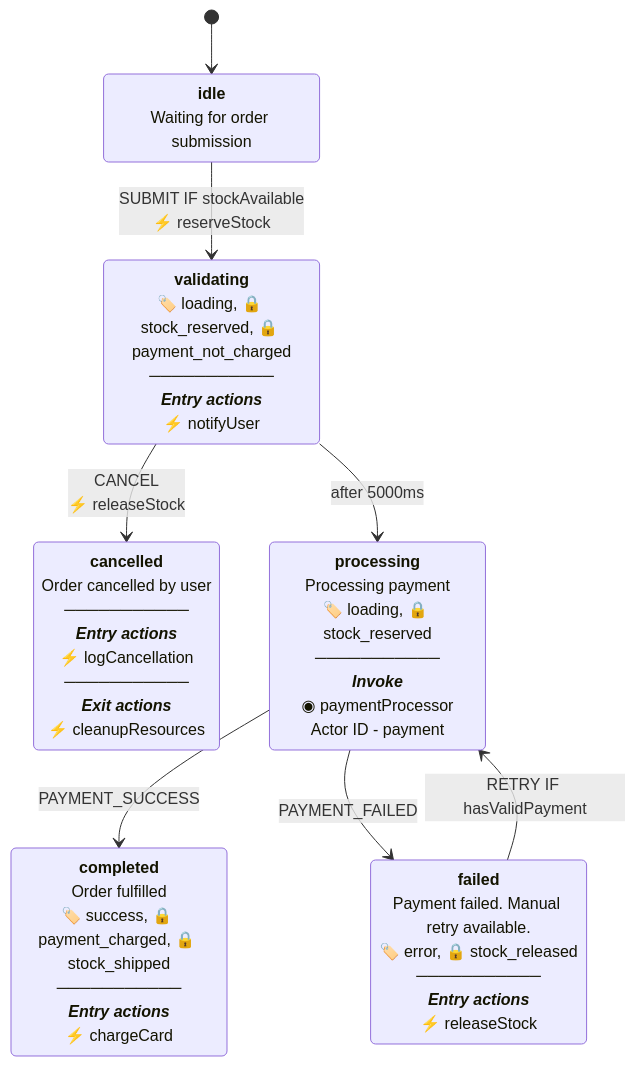
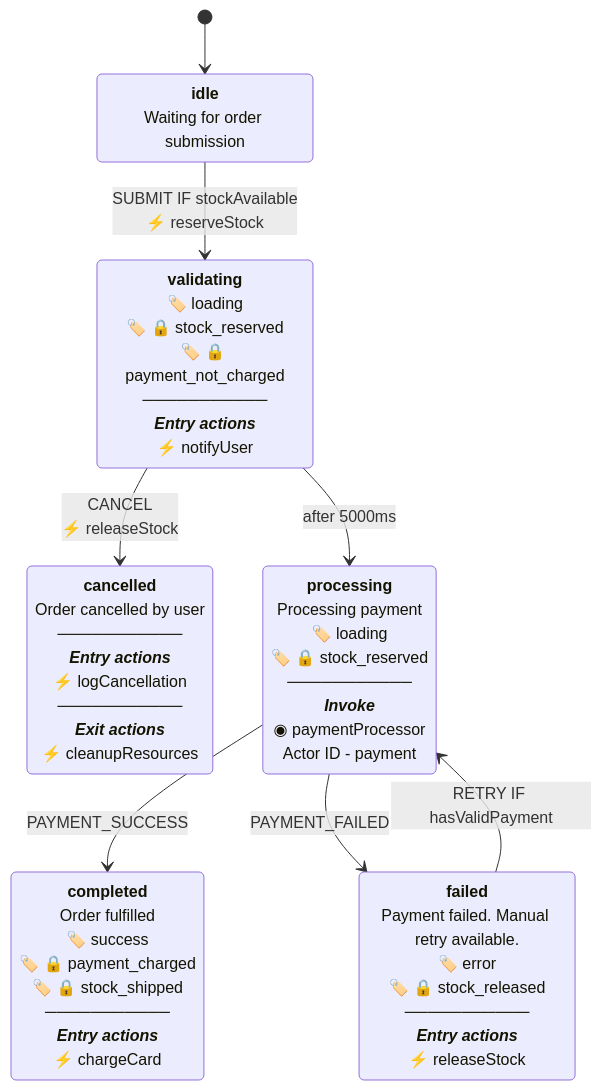
The diagram in README.md (zitongcharliedeng/xstate-ts-to-mermaid), drawn with Mermaid before and after one commit. The commit also changed 2 other files, not shown here.

Commit message:
fix: each tag gets own line with emoji for Stately.ai parity
- Tags now render as separate lines: 🏷️ tag1<br/>🏷️ tag2 (not comma-separated)
- Added title separator line after machine name
- Matches Stately.ai's pill/chip styling more closely in text form

🤖 Generated with [Claude Code](https://claude.com/claude-code)

````diff
--- a/README.md
+++ b/README.md
@@ -118,17 +118,18 @@
 ```mermaid
 stateDiagram-v2
     %% Order Processing
+    %% ───────────────────────────
     [*] --> idle
     idle: <b>idle</b><br/>Waiting for order submission
     idle --> validating: SUBMIT IF stockAvailable<br/>⚡ reserveStock
-    validating: <b>validating</b><br/>🏷️ loading, 🔒 stock_reserved, 🔒 payment_not_charged<br/>───────────<br/><b><i>Entry actions</i></b><br/>⚡ notifyUser
+    validating: <b>validating</b><br/>🏷️ loading<br/>🏷️ 🔒 stock_reserved<br/>🏷️ 🔒 payment_not_charged<br/>───────────<br/><b><i>Entry actions</i></b><br/>⚡ notifyUser
     validating --> cancelled: CANCEL<br/>⚡ releaseStock
     validating --> processing: after 5000ms
-    processing: <b>processing</b><br/>Processing payment<br/>🏷️ loading, 🔒 stock_reserved<br/>───────────<br/><b><i>Invoke</i></b><br/>◉ paymentProcessor<br/>Actor ID - payment
+    processing: <b>processing</b><br/>Processing payment<br/>🏷️ loading<br/>🏷️ 🔒 stock_reserved<br/>───────────<br/><b><i>Invoke</i></b><br/>◉ paymentProcessor<br/>Actor ID - payment
     processing --> completed: PAYMENT_SUCCESS
     processing --> failed: PAYMENT_FAILED
-    completed: <b>completed</b><br/>Order fulfilled<br/>🏷️ success, 🔒 payment_charged, 🔒 stock_shipped<br/>───────────<br/><b><i>Entry actions</i></b><br/>⚡ chargeCard
-    failed: <b>failed</b><br/>Payment failed. Manual retry available.<br/>🏷️ error, 🔒 stock_released<br/>───────────<br/><b><i>Entry actions</i></b><br/>⚡ releaseStock
+    completed: <b>completed</b><br/>Order fulfilled<br/>🏷️ success<br/>🏷️ 🔒 payment_charged<br/>🏷️ 🔒 stock_shipped<br/>───────────<br/><b><i>Entry actions</i></b><br/>⚡ chargeCard
+    failed: <b>failed</b><br/>Payment failed. Manual retry available.<br/>🏷️ error<br/>🏷️ 🔒 stock_released<br/>───────────<br/><b><i>Entry actions</i></b><br/>⚡ releaseStock
     failed --> processing: RETRY IF hasValidPayment
     cancelled: <b>cancelled</b><br/>Order cancelled by user<br/>───────────<br/><b><i>Entry actions</i></b><br/>⚡ logCancellation<br/>───────────<br/><b><i>Exit actions</i></b><br/>⚡ cleanupResources
 ```
````
